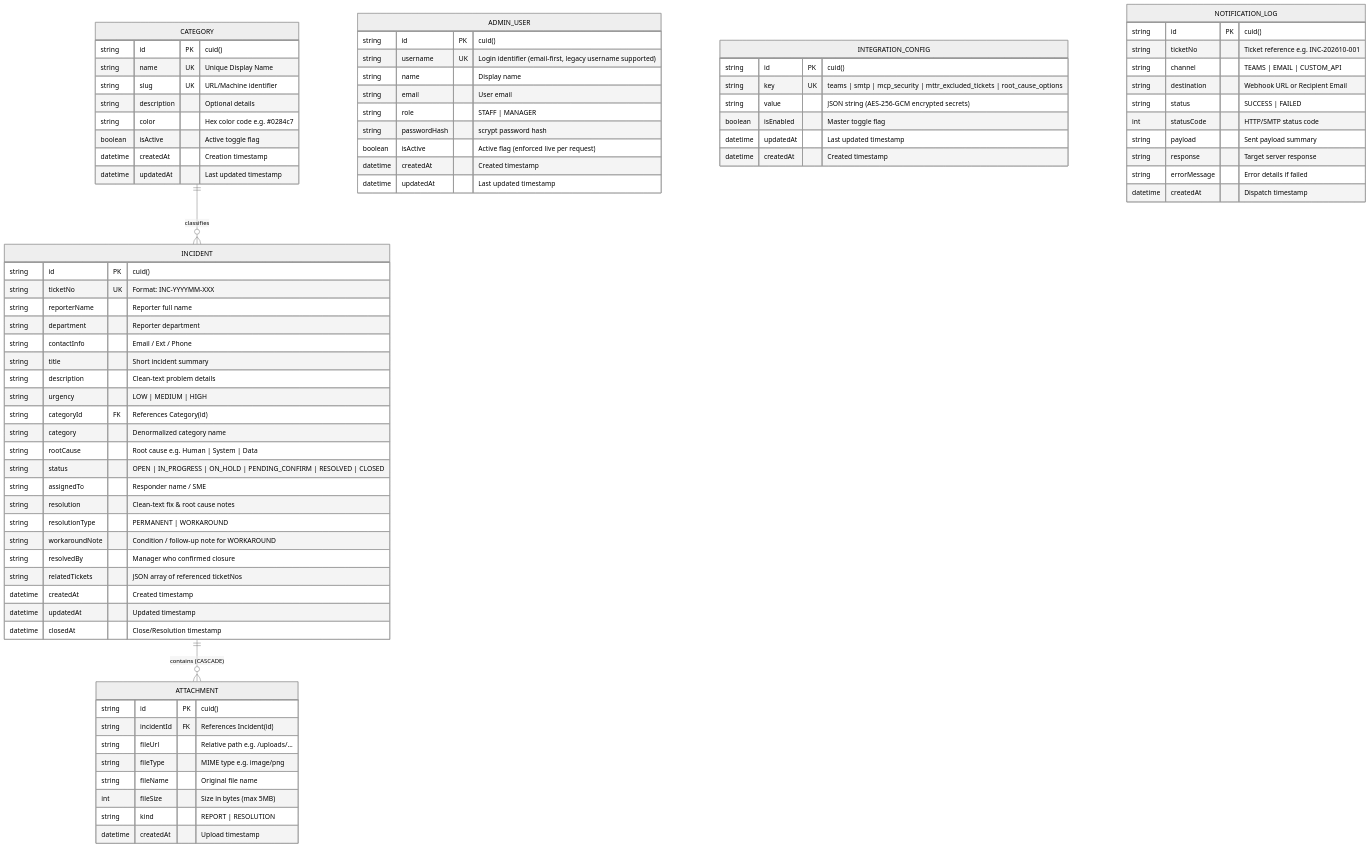
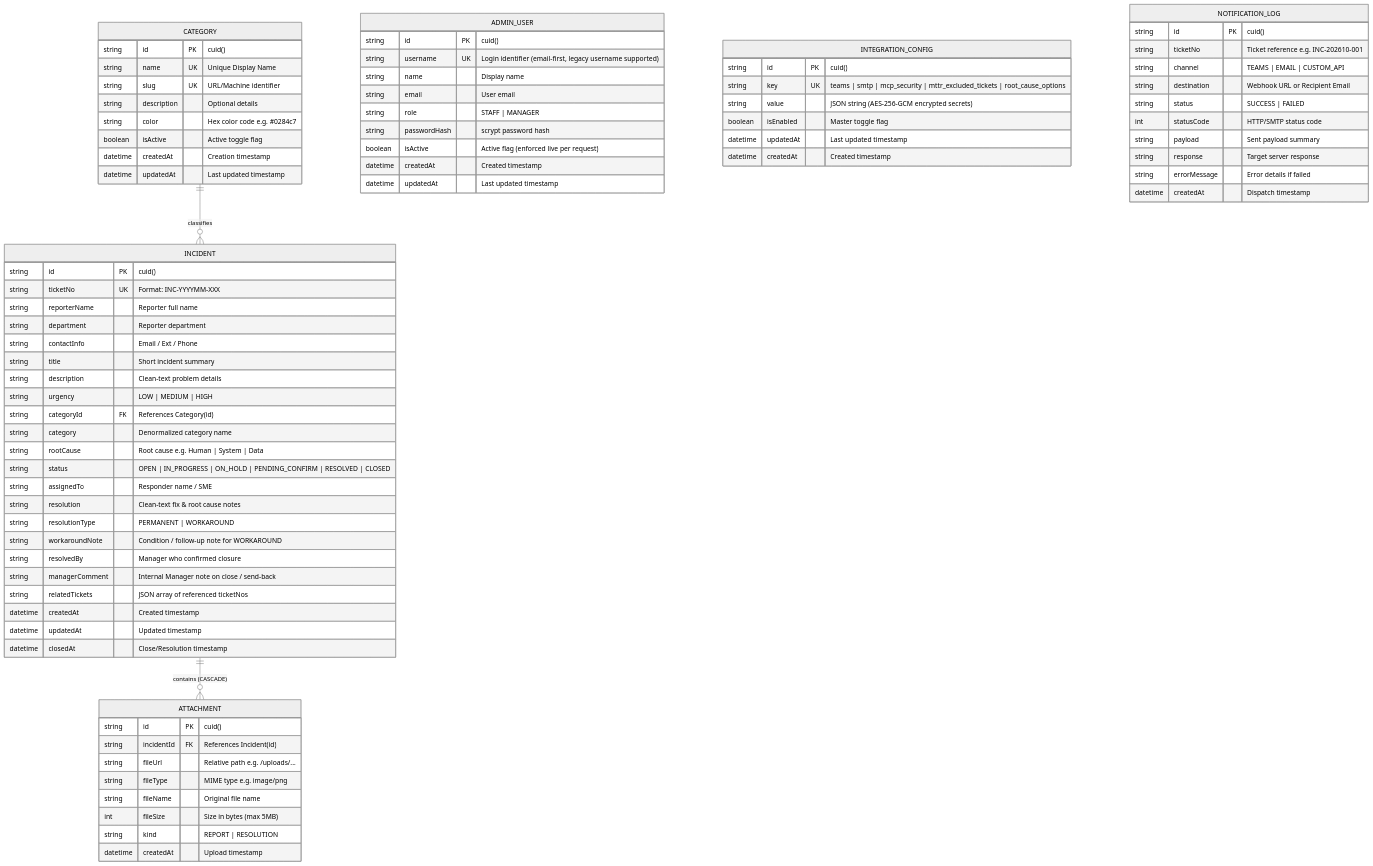
One commit to lookmhen/incident-tracker changed the first of 2 diagrams in DATA_DICTIONARY.md. Above: the diagram before and after it, drawn with Mermaid (neutral theme). The commit also changed other lines of this file and 14 other files, not shown here.

```diff
--- a/DATA_DICTIONARY.md
+++ b/DATA_DICTIONARY.md
@@ -43,6 +43,7 @@
         string resolutionType "PERMANENT | WORKAROUND"
         string workaroundNote "Condition / follow-up note for WORKAROUND"
         string resolvedBy "Manager who confirmed closure"
+        string managerComment "Internal Manager note on close / send-back"
         string relatedTickets "JSON array of referenced ticketNos"
         datetime createdAt "Created timestamp"
         datetime updatedAt "Updated timestamp"
```
